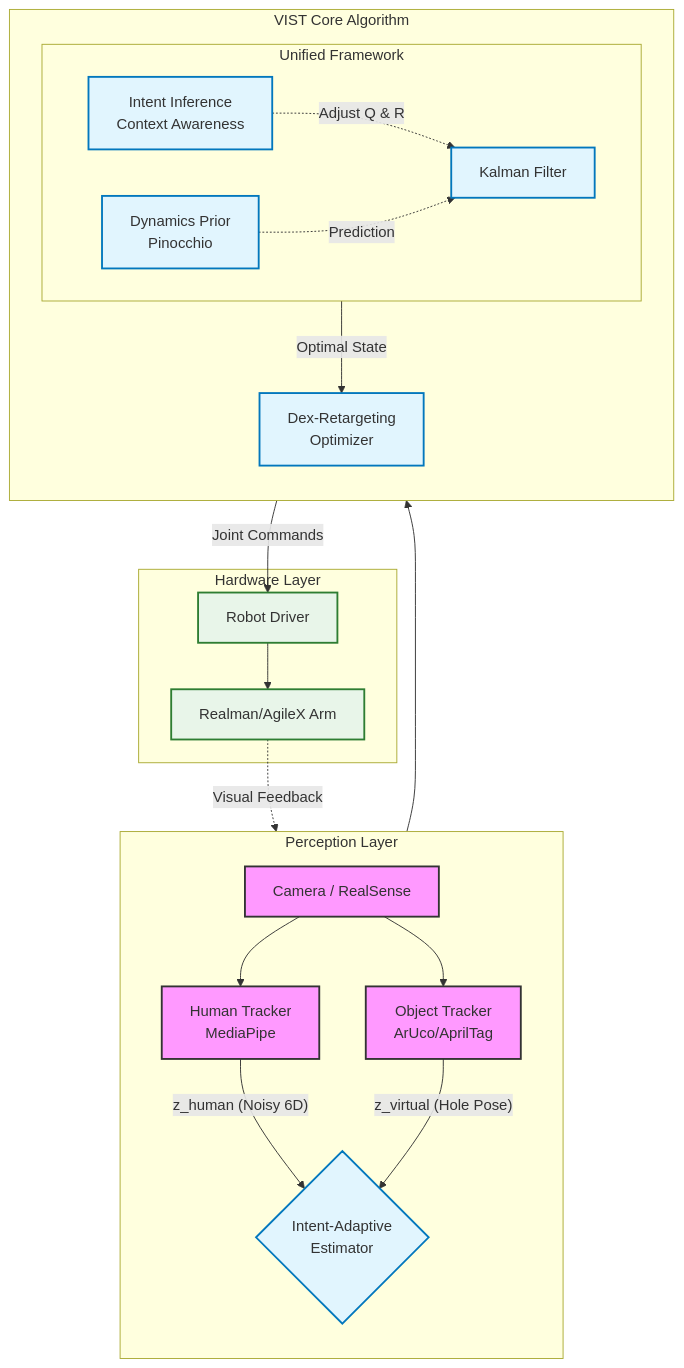
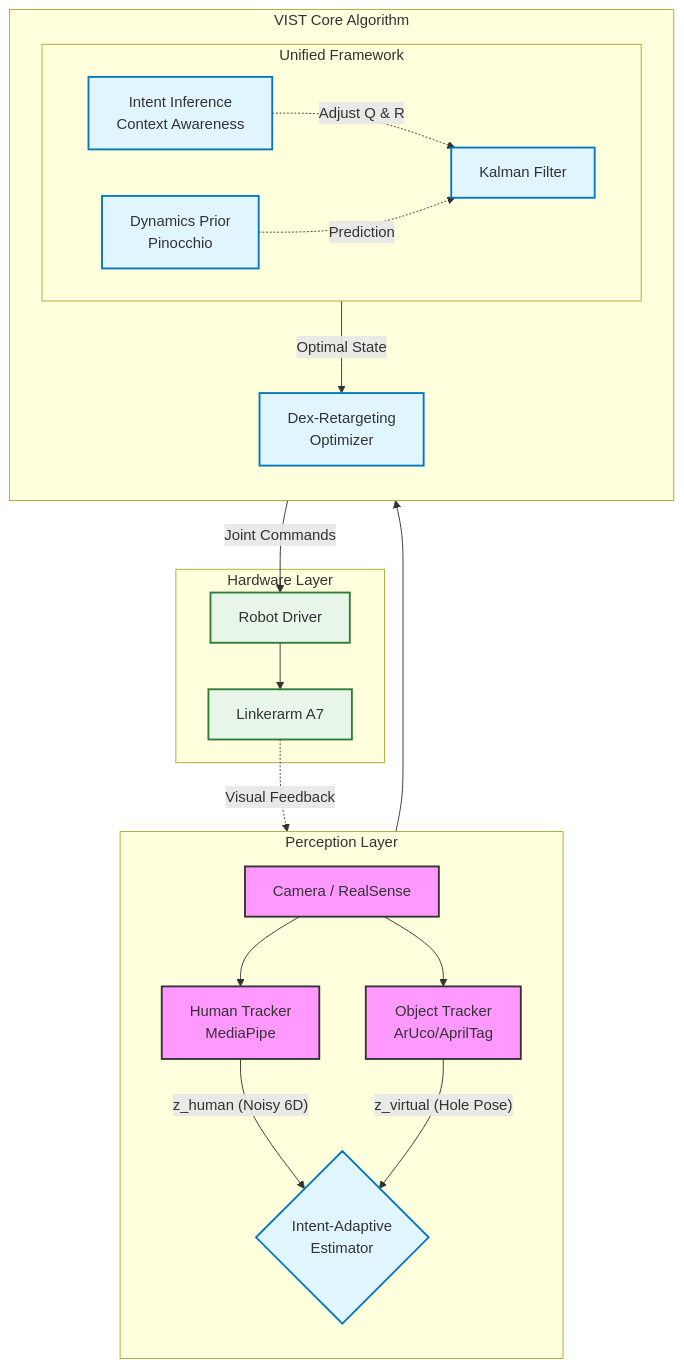
The diagram in README.md (wintermute1895/VIST_IROS2026), drawn with Mermaid before and after one commit.

Commit message:
代码架构

````diff
--- a/README.md
+++ b/README.md
@@ -88,46 +88,46 @@
 ```mermaid
 graph TD
     %% 定义样式
     classDef input fill:#f9f,stroke:#333,stroke-width:2px;
     classDef algo fill:#e1f5fe,stroke:#0277bd,stroke-width:2px;
     classDef robot fill:#e8f5e9,stroke:#2e7d32,stroke-width:2px;
 
     %% 输入层
     subgraph Perception [Perception Layer]
         direction TB
         Cam[Camera / RealSense] --> HumanTrack[Human Tracker<br>MediaPipe]
         Cam --> ObjTrack[Object Tracker<br>ArUco/AprilTag]
         
         HumanTrack -- "z_human (Noisy 6D)" --> Estimator
         ObjTrack -- "z_virtual (Hole Pose)" --> Estimator
     end
 
     %% 核心算法层
     subgraph Core [VIST Core Algorithm]
         direction TB
         
         Estimator{Intent-Adaptive<br>Estimator}
         
         subgraph Logic [Unified Framework]
             Intent[Intent Inference<br>Context Awareness] -.->|Adjust Q & R| KF[Kalman Filter]
             Dynamics[Dynamics Prior<br>Pinocchio] -.->|Prediction| KF
         end
         
         Estimator --> Logic
         Logic -->|Optimal State| Retarget[Dex-Retargeting<br>Optimizer]
     end
 
     %% 执行层
     subgraph Hardware [Hardware Layer]
         Retarget -->|Joint Commands| Driver[Robot Driver]
-        Driver --> Arm[Realman/AgileX Arm]
+        Driver --> Arm[Linkerarm A7]
     end
 
     %% 闭环
     Arm -.->|Visual Feedback| Cam
 
     %% 应用样式
     class Cam,HumanTrack,ObjTrack input;
     class Estimator,Intent,Dynamics,KF,Retarget algo;
     class Driver,Arm robot;
 ```
````
